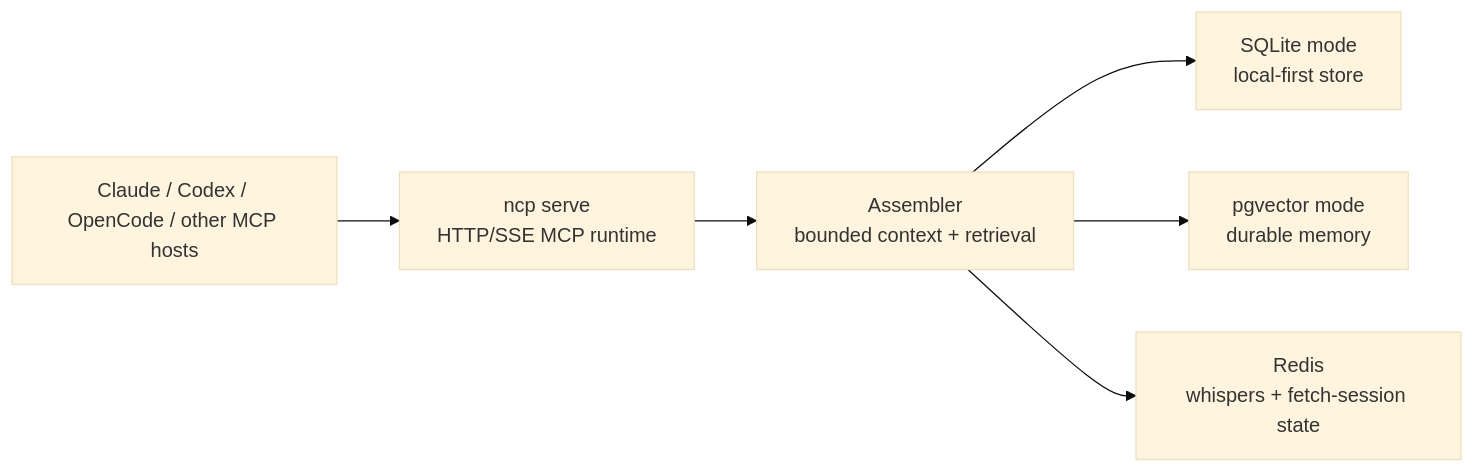
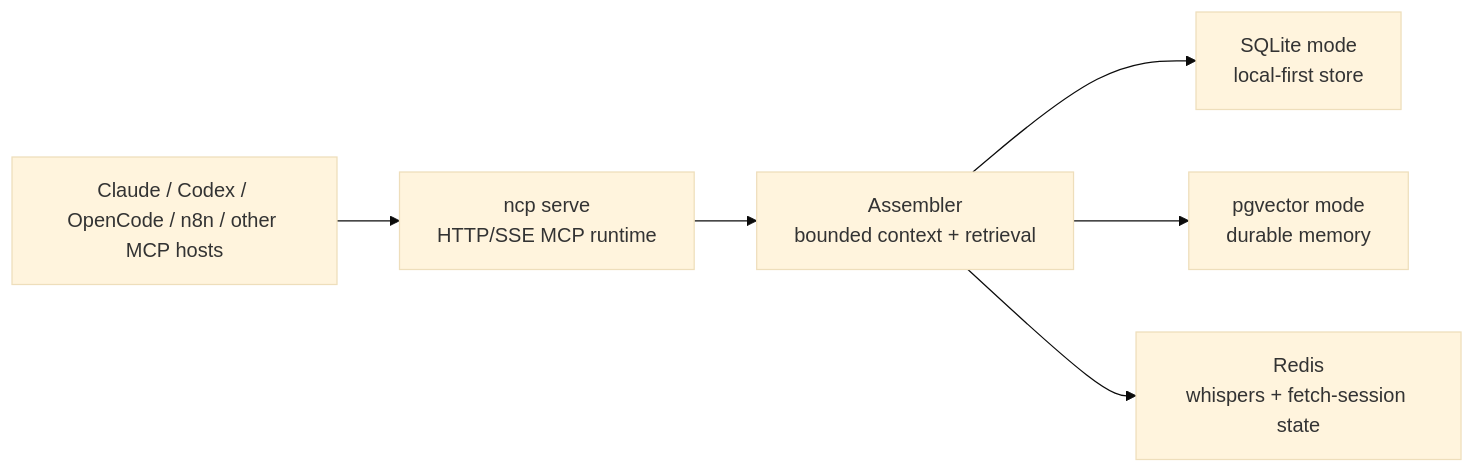
Before and after one commit to kulkarni2u/neural-context-protocol: the second of 2 diagrams in README.md, drawn with Mermaid (base theme). The commit also changed other lines of this file and 6 other files, not shown here.

````diff
--- a/README.md
+++ b/README.md
@@ -108,15 +110,15 @@
 ```mermaid
 flowchart LR
-    A["Claude / Codex / OpenCode / other MCP hosts"]
+    A["Claude / Codex / OpenCode / n8n / other MCP hosts"]
     B["ncp serve<br/>HTTP/SSE MCP runtime"]
     C["Assembler<br/>bounded context + retrieval"]
     D["SQLite mode<br/>local-first store"]
     E["pgvector mode<br/>durable memory"]
     F["Redis<br/>whispers + fetch-session state"]
 
     A --> B
     B --> C
     C --> D
     C --> E
     C --> F
 ```
````
